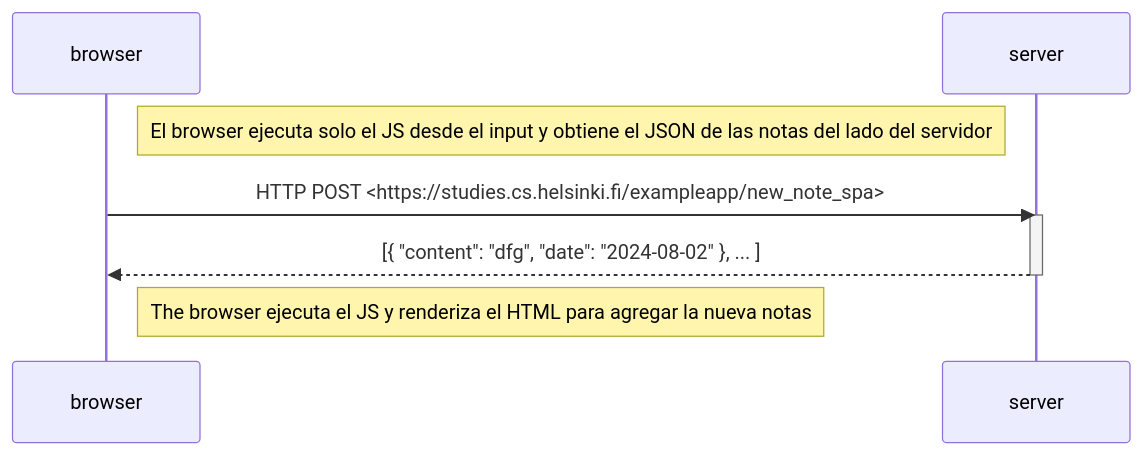
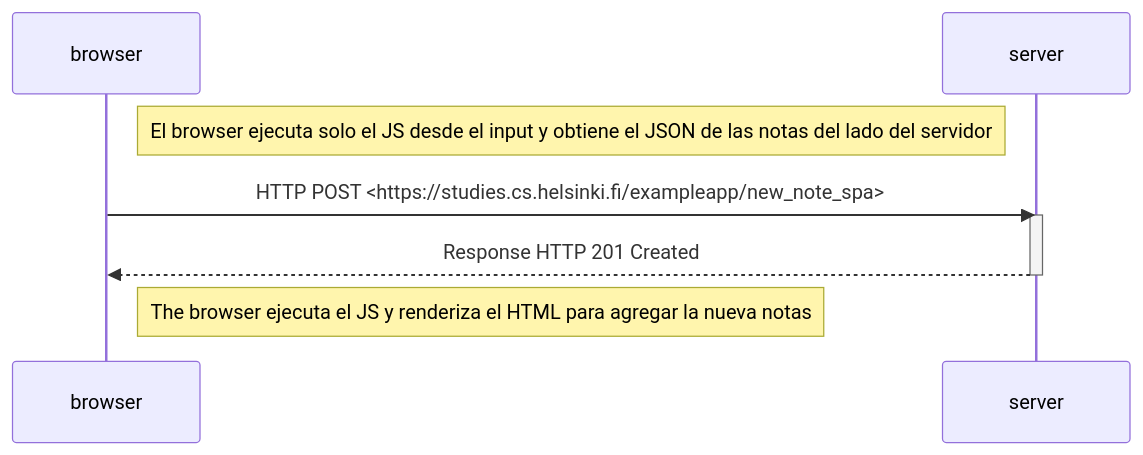
One commit to sirknio/exerc_hels_0 changed the third of 3 diagrams in README.md. Above: the diagram before and after it, drawn with Mermaid.

Commit message:
fix on exercises

````diff
--- a/README.md
+++ b/README.md
@@ -106,17 +106,17 @@
 ```mermaid
 
 sequenceDiagram
     participant browser
     participant server
 
     Note right of browser: El browser ejecuta solo el JS desde el input y obtiene el JSON de las notas del lado del servidor
 
     browser->>server: HTTP POST <https://studies.cs.helsinki.fi/exampleapp/new_note_spa>
     activate server
-    server-->>browser: [{ "content": "dfg", "date": "2024-08-02" }, ... ]
+    server-->>browser: Response HTTP 201 Created
     deactivate server
 
     Note right of browser: The browser ejecuta el JS y renderiza el HTML para agregar la nueva notas
 
 
 ```
````
